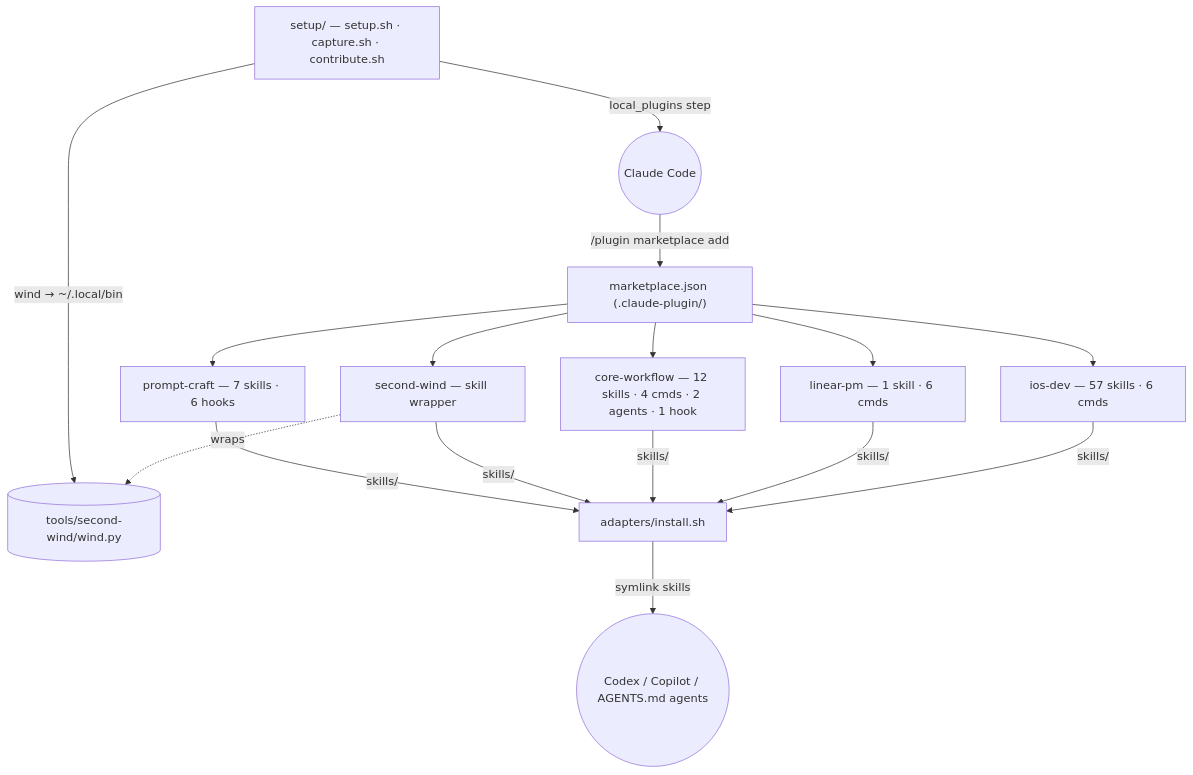
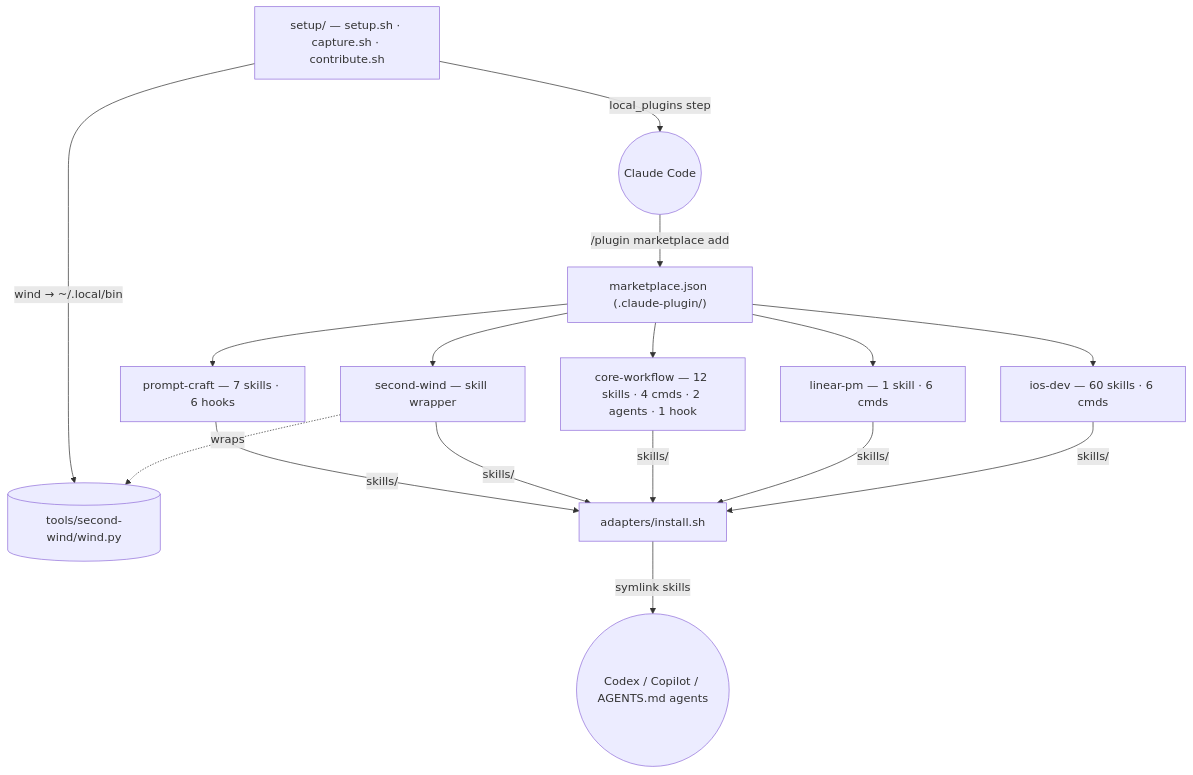
One commit to abhijitbansal/claude-skills changed the diagram in docs/architecture.md. Above: the diagram before and after it, drawn with Mermaid. The commit also changed 19 other files, not shown here.

First line of the commit message:
feat(ios-dev): 3 mined skills + 2 skill extensions harvested from Cubby sessions 0062/0063/0066/0068 (#22)

````diff
--- a/docs/architecture.md
+++ b/docs/architecture.md
@@ -15,22 +15,22 @@
 ```mermaid
 flowchart TD
   MP["marketplace.json (.claude-plugin/)"]
-  IOS["ios-dev — 57 skills · 6 cmds"]
+  IOS["ios-dev — 60 skills · 6 cmds"]
   LIN["linear-pm — 1 skill · 6 cmds"]
   CW["core-workflow — 12 skills · 4 cmds · 2 agents · 1 hook"]
   SW["second-wind — skill wrapper"]
   PC["prompt-craft — 7 skills · 6 hooks"]
   WIND[("tools/second-wind/wind.py")]
   AD["adapters/install.sh"]
   SEED["setup/ — setup.sh · capture.sh · contribute.sh"]
   CC(("Claude Code"))
   OTHER(("Codex / Copilot / AGENTS.md agents"))
 
   MP --> IOS & LIN & CW & SW & PC
   SW -.->|wraps| WIND
   CC -->|"/plugin marketplace add"| MP
   SEED -->|local_plugins step| CC
   SEED -->|"wind → ~/.local/bin"| WIND
   AD -->|symlink skills| OTHER
   IOS & LIN & CW & SW & PC -->|skills/| AD
 ```
````
